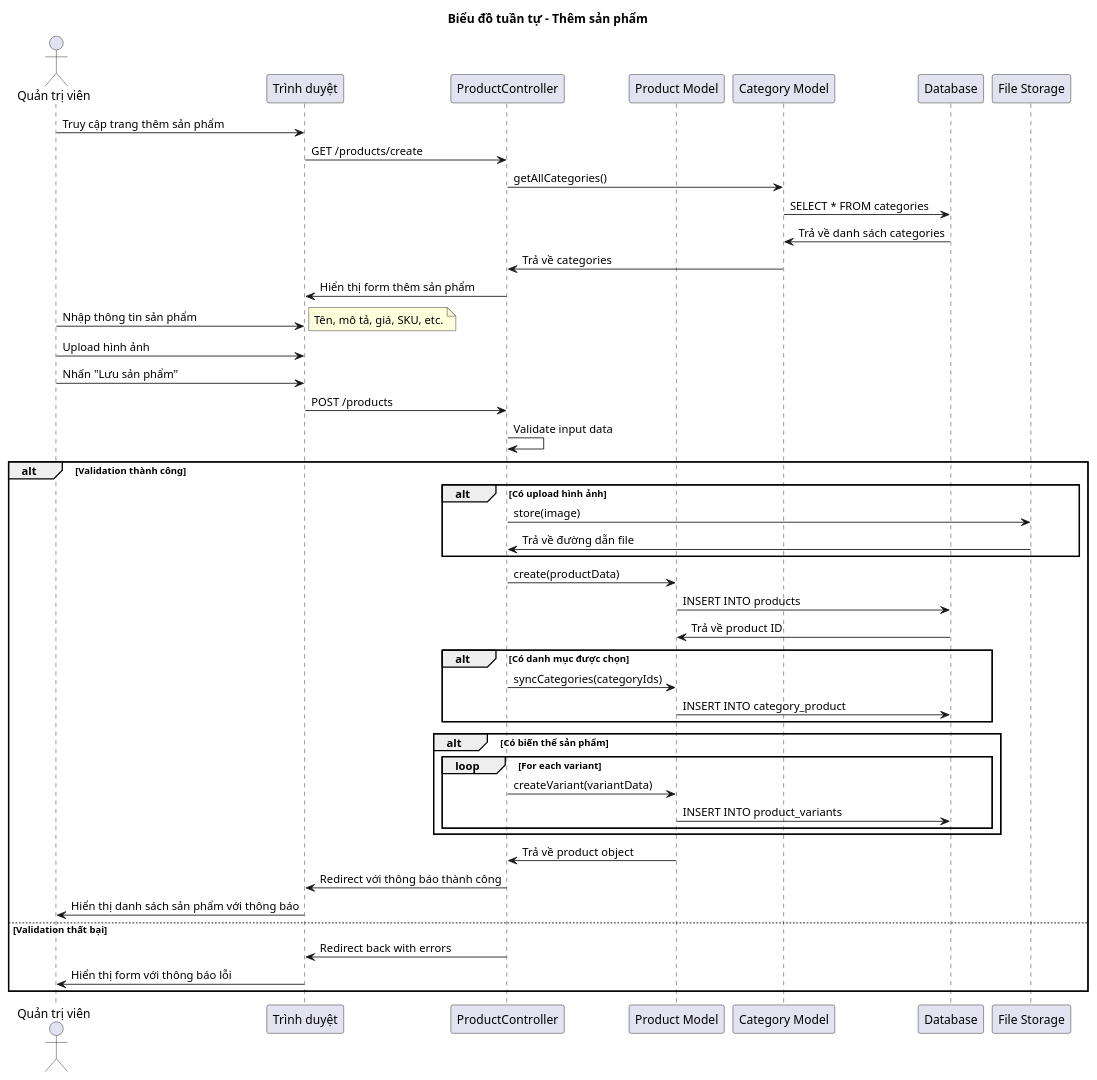
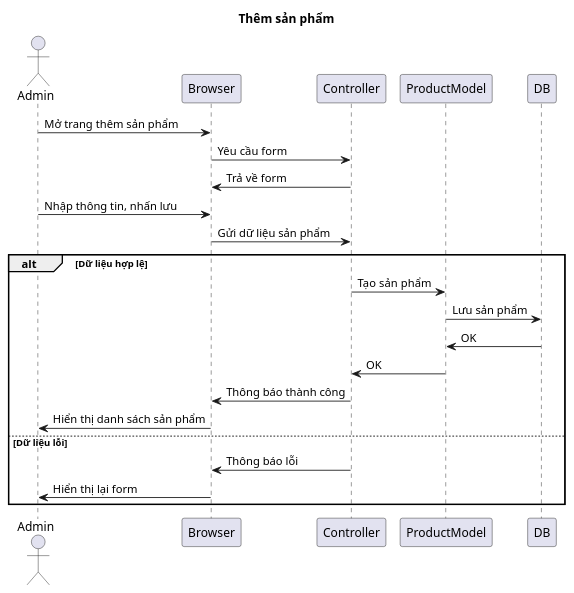
The diagram in docs/sequenceuml/02_them_san_pham.puml (namhai03/PerfumeShop), drawn with PlantUML before and after one commit. The commit also changed 107 other files, not shown here.

```diff
--- a/docs/sequenceuml/02_them_san_pham.puml
+++ b/docs/sequenceuml/02_them_san_pham.puml
@@ -1,59 +1,29 @@
 @startuml Thêm sản phẩm
-title Biểu đồ tuần tự - Thêm sản phẩm
+title Thêm sản phẩm
 
-actor "Quản trị viên" as Admin
-participant "Trình duyệt" as Browser
-participant "ProductController" as Controller
-participant "Product Model" as ProductModel
-participant "Category Model" as CategoryModel
-participant "Database" as DB
-participant "File Storage" as Storage
+actor Admin
+participant Browser
+participant Controller
+participant ProductModel
+participant DB
 
-Admin -> Browser: Truy cập trang thêm sản phẩm
-Browser -> Controller: GET /products/create
-Controller -> CategoryModel: getAllCategories()
-CategoryModel -> DB: SELECT * FROM categories
-DB -> CategoryModel: Trả về danh sách categories
-CategoryModel -> Controller: Trả về categories
-Controller -> Browser: Hiển thị form thêm sản phẩm
+Admin -> Browser: Mở trang thêm sản phẩm
+Browser -> Controller: Yêu cầu form
+Controller -> Browser: Trả về form
 
-Admin -> Browser: Nhập thông tin sản phẩm
-note right: Tên, mô tả, giá, SKU, etc.
-Admin -> Browser: Upload hình ảnh
-Admin -> Browser: Nhấn "Lưu sản phẩm"
-Browser -> Controller: POST /products
+Admin -> Browser: Nhập thông tin, nhấn lưu
+Browser -> Controller: Gửi dữ liệu sản phẩm
 
-Controller -> Controller: Validate input data
-
-alt Validation thành công
-    alt Có upload hình ảnh
-        Controller -> Storage: store(image)
-        Storage -> Controller: Trả về đường dẫn file
-    end
-    
-    Controller -> ProductModel: create(productData)
-    ProductModel -> DB: INSERT INTO products
-    DB -> ProductModel: Trả về product ID
-    
-    alt Có danh mục được chọn
-        Controller -> ProductModel: syncCategories(categoryIds)
-        ProductModel -> DB: INSERT INTO category_product
-    end
-    
-    alt Có biến thể sản phẩm
-        loop For each variant
-            Controller -> ProductModel: createVariant(variantData)
-            ProductModel -> DB: INSERT INTO product_variants
-        end
-    end
-    
-    ProductModel -> Controller: Trả về product object
-    Controller -> Browser: Redirect với thông báo thành công
-    Browser -> Admin: Hiển thị danh sách sản phẩm với thông báo
-    
-else Validation thất bại
-    Controller -> Browser: Redirect back with errors
-    Browser -> Admin: Hiển thị form với thông báo lỗi
+alt Dữ liệu hợp lệ
+    Controller -> ProductModel: Tạo sản phẩm
+    ProductModel -> DB: Lưu sản phẩm
+    DB -> ProductModel: OK
+    ProductModel -> Controller: OK
+    Controller -> Browser: Thông báo thành công
+    Browser -> Admin: Hiển thị danh sách sản phẩm
+else Dữ liệu lỗi
+    Controller -> Browser: Thông báo lỗi
+    Browser -> Admin: Hiển thị lại form
 end
 
 @enduml
```
